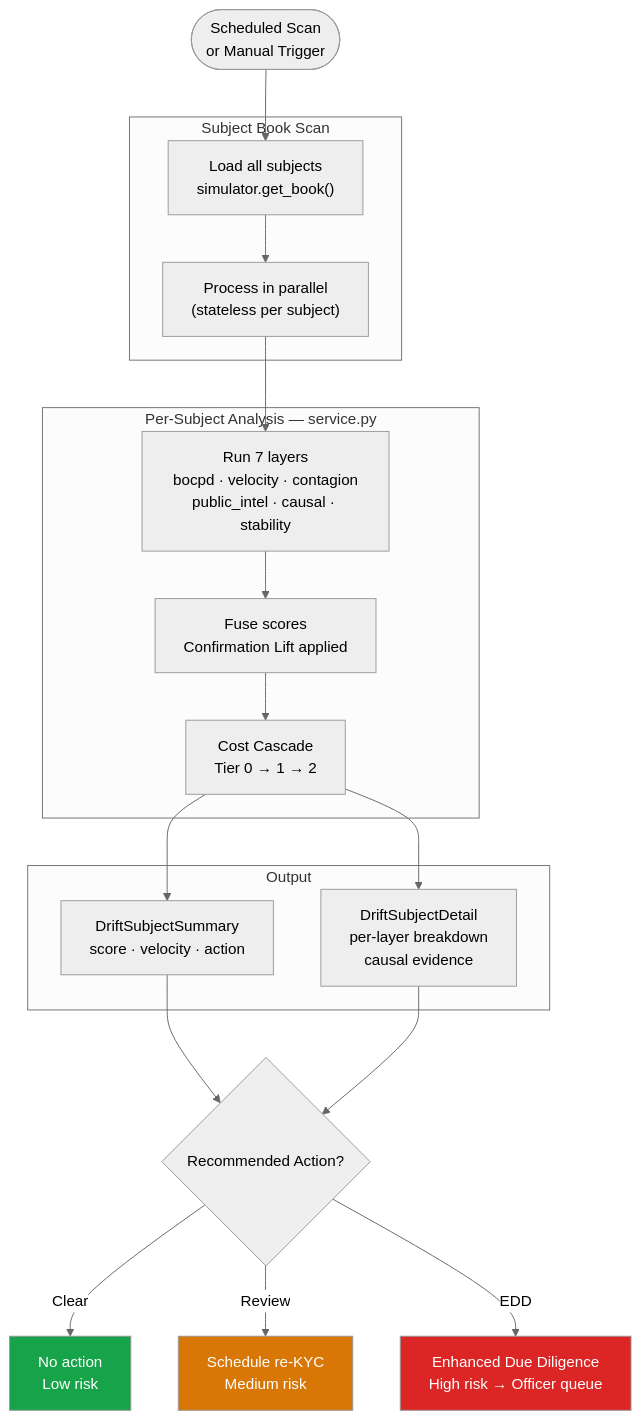
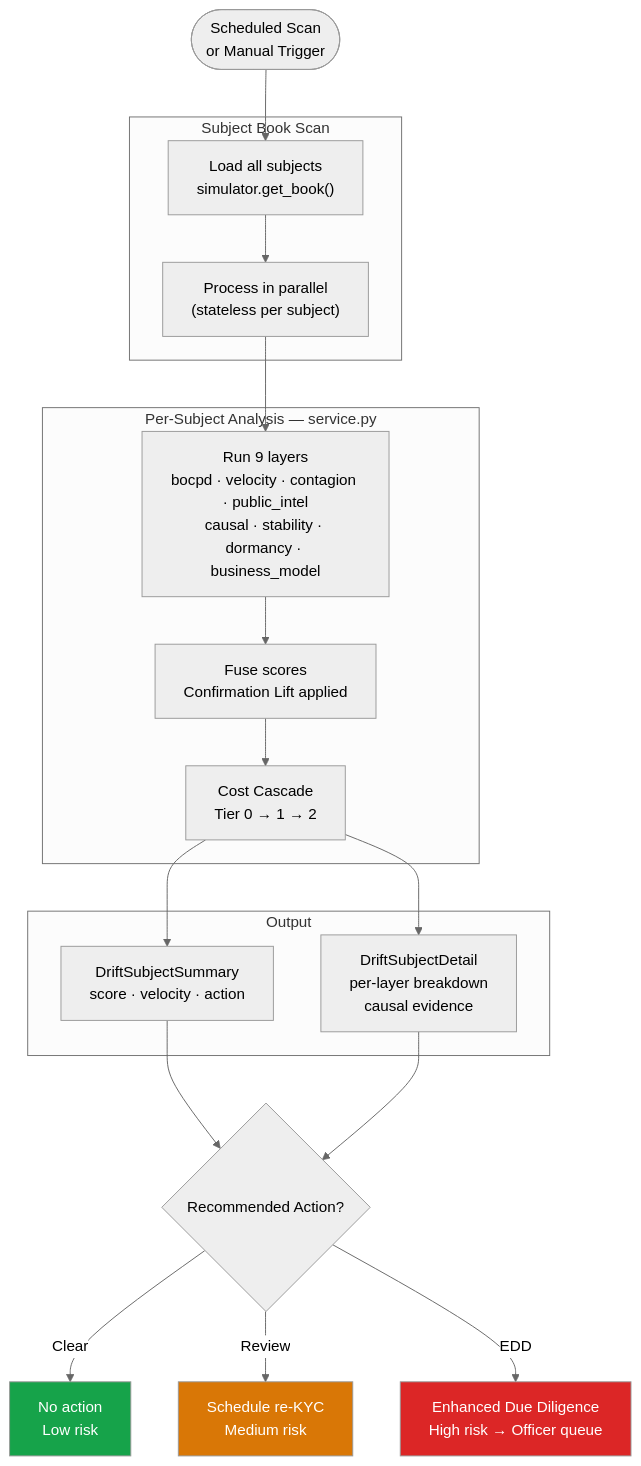
One commit to SteveDok22/Swisshacks-2026 changed the fourth of 6 diagrams in docs/flows.md. Above: the diagram before and after it, drawn with Mermaid (neutral theme). The commit also changed other lines of this file and 258 other files, not shown here.

````diff
--- a/docs/flows.md
+++ b/docs/flows.md
@@ -128,41 +130,41 @@
 ```mermaid
 flowchart TD
     Trigger(["Scheduled Scan\nor Manual Trigger"])
 
     subgraph Scan["Subject Book Scan"]
         All["Load all subjects\nsimulator.get_book()"]
         Para["Process in parallel\n(stateless per subject)"]
     end
 
     subgraph Analyze["Per-Subject Analysis — service.py"]
-        Layers["Run 7 layers\nbocpd · velocity · contagion\npublic_intel · causal · stability"]
+        Layers["Run 9 layers\nbocpd · velocity · contagion · public_intel\ncausal · stability · dormancy · business_model"]
         Fuse["Fuse scores\nConfirmation Lift applied"]
         Route["Cost Cascade\nTier 0 → 1 → 2"]
     end
 
     subgraph Output["Output"]
         Summary["DriftSubjectSummary\nscore · velocity · action"]
         Detail["DriftSubjectDetail\nper-layer breakdown\ncausal evidence"]
     end
 
     Action{Recommended Action?}
 
     Clear["No action\nLow risk"]
     Review["Schedule re-KYC\nMedium risk"]
     Escalate["Enhanced Due Diligence\nHigh risk → Officer queue"]
 
     Trigger --> All
     All --> Para
     Para --> Layers
     Layers --> Fuse
     Fuse --> Route
     Route --> Summary & Detail
     Summary & Detail --> Action
     Action -->|Clear| Clear
     Action -->|Review| Review
     Action -->|EDD| Escalate
 
     style Clear fill:#16a34a,color:#fff
     style Review fill:#d97706,color:#fff
     style Escalate fill:#dc2626,color:#fff
 ```
````
